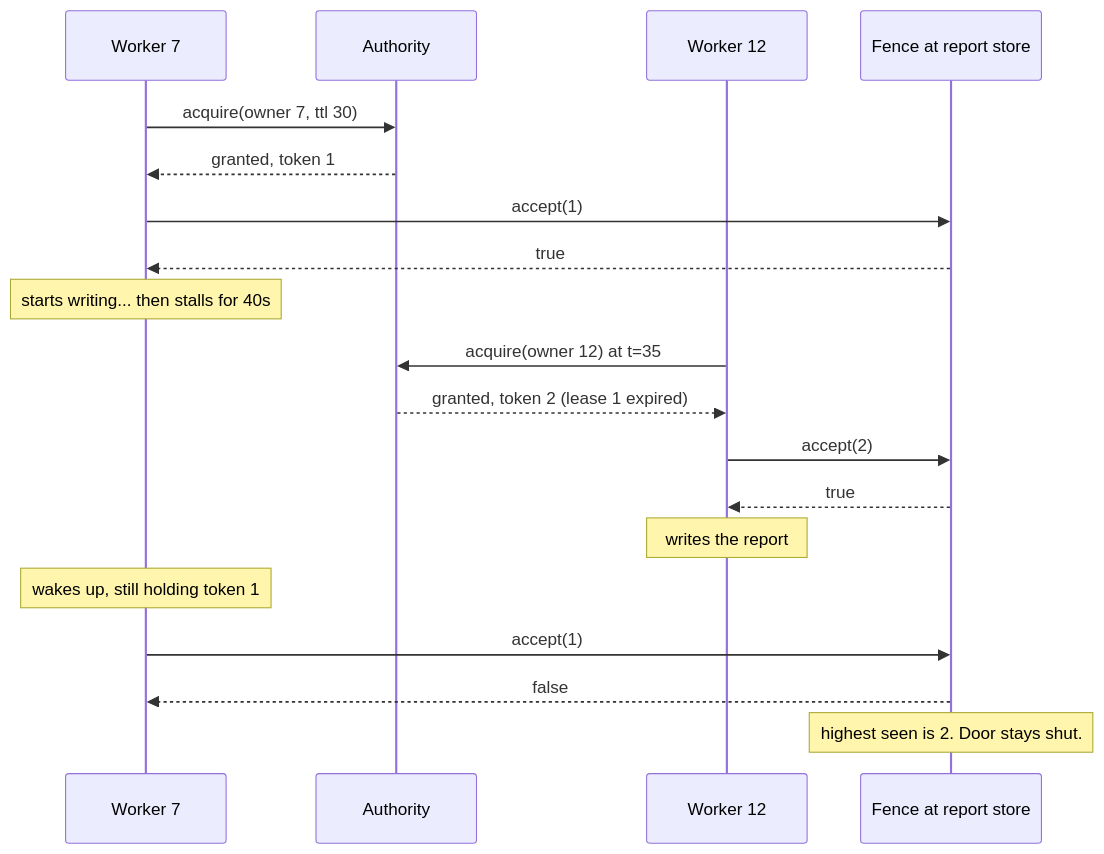
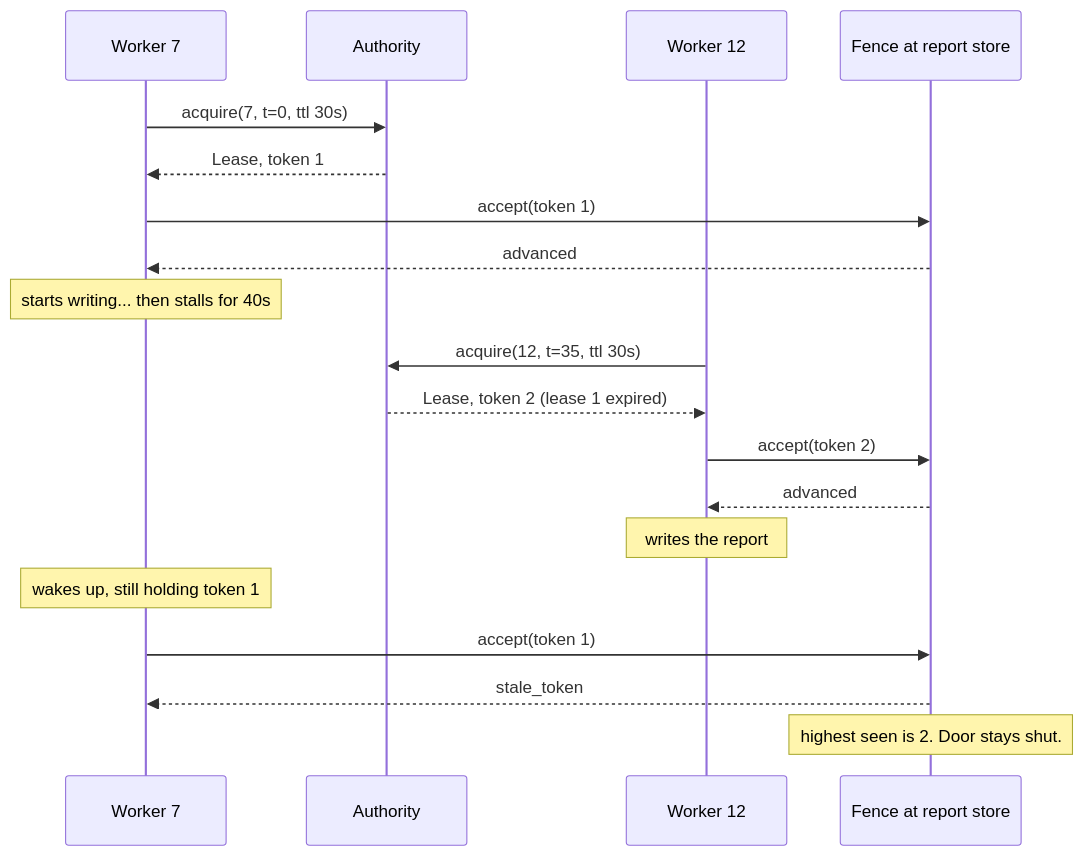
One commit to seuros/lease_machines changed the second of 2 diagrams in README.md. Above: the diagram before and after it, drawn with Mermaid. The commit also changed other lines of this file and 39 other files, not shown here.

````diff
--- a/README.md
+++ b/README.md
@@ -82,24 +89,24 @@
 ```mermaid
 sequenceDiagram
     participant W7 as Worker 7
     participant A as Authority
     participant W12 as Worker 12
     participant F as Fence at report store
 
-    W7->>A: acquire(owner 7, ttl 30)
-    A-->>W7: granted, token 1
-    W7->>F: accept(1)
-    F-->>W7: true
+    W7->>A: acquire(7, t=0, ttl 30s)
+    A-->>W7: Lease, token 1
+    W7->>F: accept(token 1)
+    F-->>W7: advanced
     Note over W7: starts writing... then stalls for 40s
 
-    W12->>A: acquire(owner 12) at t=35
-    A-->>W12: granted, token 2 (lease 1 expired)
-    W12->>F: accept(2)
-    F-->>W12: true
+    W12->>A: acquire(12, t=35, ttl 30s)
+    A-->>W12: Lease, token 2 (lease 1 expired)
+    W12->>F: accept(token 2)
+    F-->>W12: advanced
     Note over W12: writes the report
 
     Note over W7: wakes up, still holding token 1
-    W7->>F: accept(1)
-    F-->>W7: false
+    W7->>F: accept(token 1)
+    F-->>W7: stale_token
     Note over F: highest seen is 2. Door stays shut.
 ```
````
